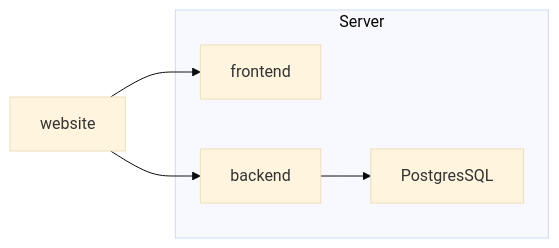
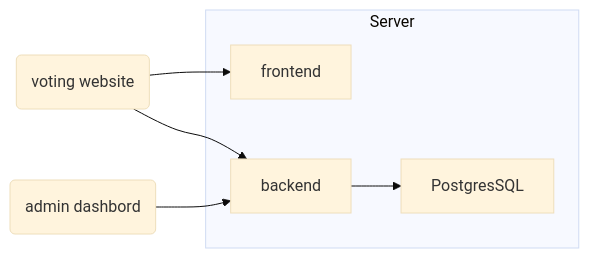
Before and after one commit to equal-shares/equal-shares: the diagram in README.md, drawn with Mermaid (base theme).

````diff
--- a/README.md
+++ b/README.md
@@ -188,10 +188,11 @@
 ```mermaid
 flowchart LR
-  website --> frontend
-  website --> backend
+  react(voting website) --> frontend
+  react(voting website) --> backend
+  admin(admin dashbord) --> backend
   subgraph Server
     frontend
     backend
     backend --> PostgresSQL
   end
 ```
````
